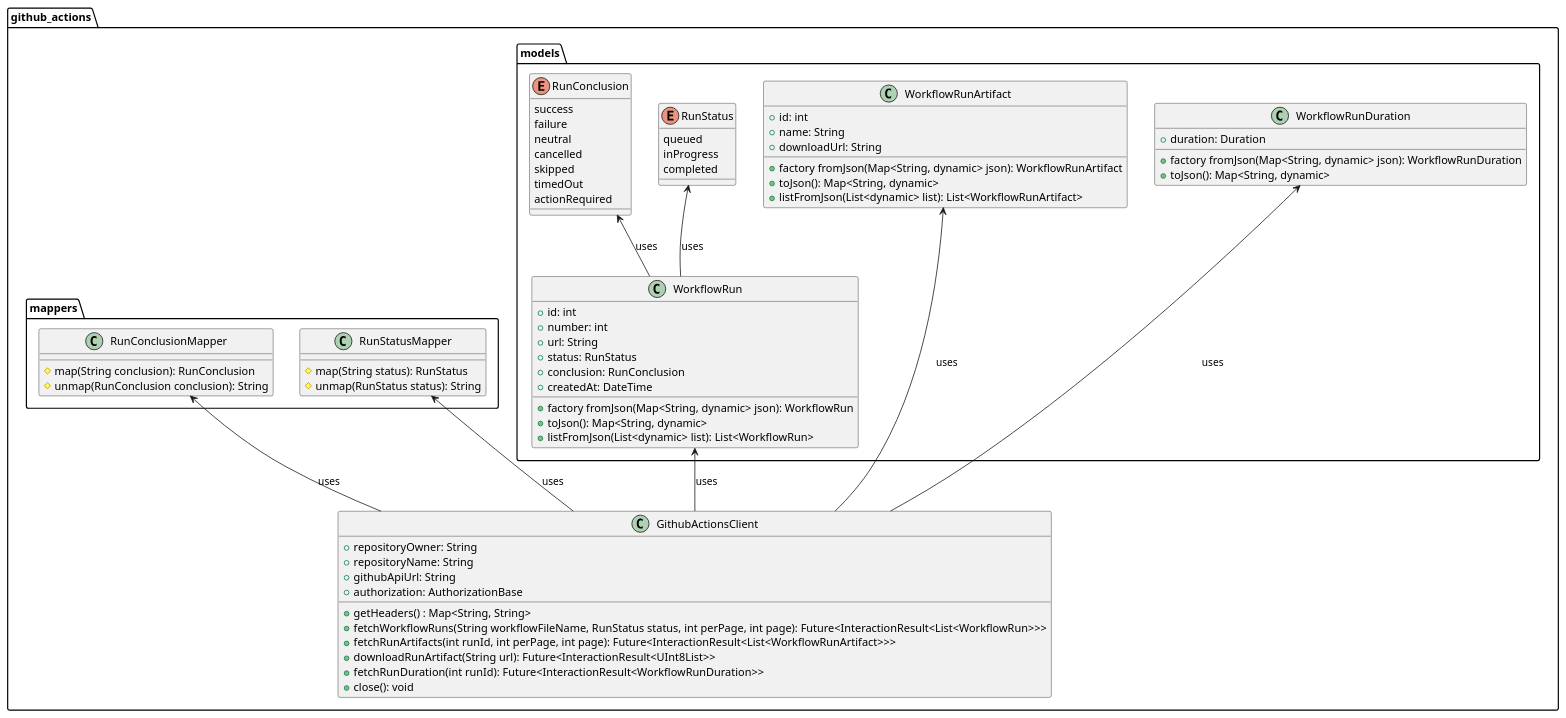
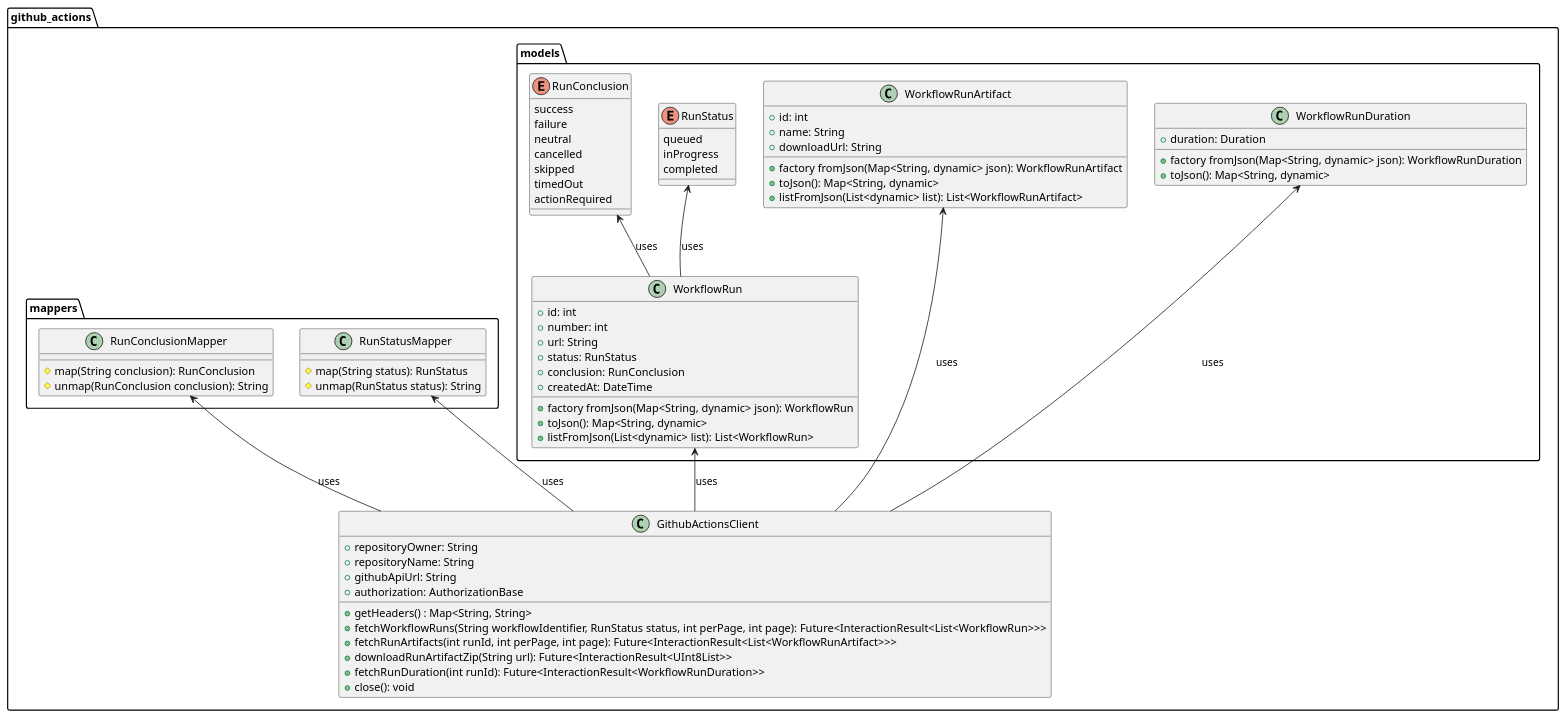
Before and after one commit to Flank/flank-dashboard: the diagram in metrics/ci_integrations/docs/github_actions/diagrams/github_actions_client_class_diagram.puml, drawn with PlantUML.

Commit message:
Improve namings

```diff
--- a/metrics/ci_integrations/docs/github_actions/diagrams/github_actions_client_class_diagram.puml
+++ b/metrics/ci_integrations/docs/github_actions/diagrams/github_actions_client_class_diagram.puml
@@ -1,94 +1,94 @@
 @startuml
 
 package github_actions <<Folder>> {
 
     package models <<Folder>> {
 
         class WorkflowRun {
             +id: int
             +number: int
             +url: String
             +status: RunStatus
             +conclusion: RunConclusion
             +createdAt: DateTime
 
             +factory fromJson(Map<String, dynamic> json): WorkflowRun
             +toJson(): Map<String, dynamic>
             +listFromJson(List<dynamic> list): List<WorkflowRun>
         }
 
         class WorkflowRunArtifact {
             +id: int
             +name: String
             +downloadUrl: String
 
            +factory fromJson(Map<String, dynamic> json): WorkflowRunArtifact
            +toJson(): Map<String, dynamic>
            +listFromJson(List<dynamic> list): List<WorkflowRunArtifact>
         }
 
         class WorkflowRunDuration {
             +duration: Duration
 
             +factory fromJson(Map<String, dynamic> json): WorkflowRunDuration
             +toJson(): Map<String, dynamic>
         }
 
 
         enum RunStatus {
             queued
             inProgress
             completed
         }
 
         enum RunConclusion {
             success
             failure
             neutral
             cancelled
             skipped
             timedOut
             actionRequired
         }
 
     }
 
     package mappers <<Folder>> {
         class RunConclusionMapper {
             #map(String conclusion): RunConclusion
             #unmap(RunConclusion conclusion): String
         }
 
         class RunStatusMapper {
             #map(String status): RunStatus
             #unmap(RunStatus status): String
         }
 
     }
 
 
     class GithubActionsClient {
         +repositoryOwner: String
         +repositoryName: String
         +githubApiUrl: String
         +authorization: AuthorizationBase
 
         +getHeaders() : Map<String, String>
-        +fetchWorkflowRuns(String workflowFileName, RunStatus status, int perPage, int page): Future<InteractionResult<List<WorkflowRun>>>
+        +fetchWorkflowRuns(String workflowIdentifier, RunStatus status, int perPage, int page): Future<InteractionResult<List<WorkflowRun>>>
         +fetchRunArtifacts(int runId, int perPage, int page): Future<InteractionResult<List<WorkflowRunArtifact>>>
-        +downloadRunArtifact(String url): Future<InteractionResult<UInt8List>>
+        +downloadRunArtifactZip(String url): Future<InteractionResult<UInt8List>>
         +fetchRunDuration(int runId): Future<InteractionResult<WorkflowRunDuration>>
         +close(): void
     }
 }
 
 
 WorkflowRun <-- GithubActionsClient : uses
 WorkflowRunDuration <-- GithubActionsClient : uses
 WorkflowRunArtifact <-- GithubActionsClient : uses
 RunStatusMapper <-- GithubActionsClient : uses
 RunConclusionMapper <-- GithubActionsClient : uses
 RunConclusion <-- WorkflowRun : uses
 RunStatus <-- WorkflowRun : uses
 
 @enduml
```
